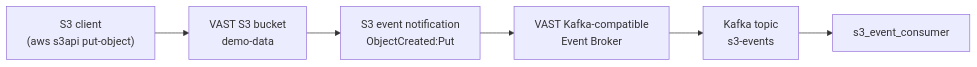
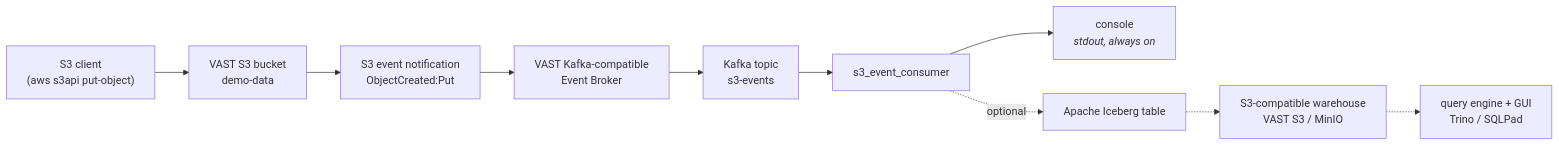
Before and after one commit to kmacvast/s3_event_consumer: the diagram in README.md, drawn with Mermaid. The commit also changed other lines of this file and 24 other files, not shown here.

First line of the commit message:
Add optional Apache Iceberg event sink

````diff
--- a/README.md
+++ b/README.md
@@ -76,8 +84,12 @@
 ```mermaid
 flowchart LR
     A["S3 client<br/>(aws s3api put-object)"] --> B["VAST S3 bucket<br/>demo-data"]
     B --> C["S3 event notification<br/>ObjectCreated:Put"]
     C --> D["VAST Kafka-compatible<br/>Event Broker"]
     D --> E["Kafka topic<br/>s3-events"]
     E --> F["s3_event_consumer"]
+    F --> G["console<br/><i>stdout, always on</i>"]
+    F -.->|optional| H["Apache Iceberg table"]
+    H -.-> I["S3-compatible warehouse<br/>VAST S3 / MinIO"]
+    I -.-> J["query engine + GUI<br/>Trino / SQLPad"]
 ```
````
